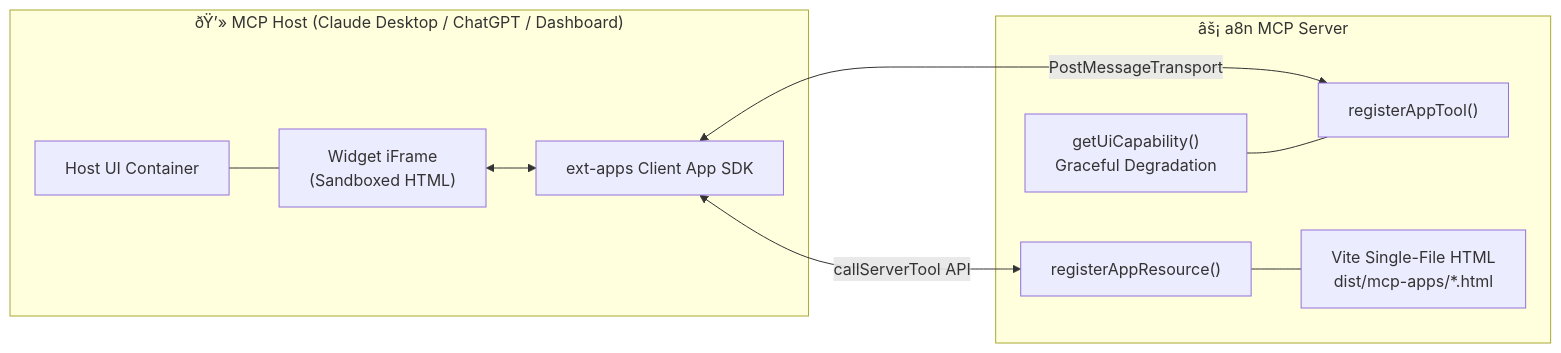
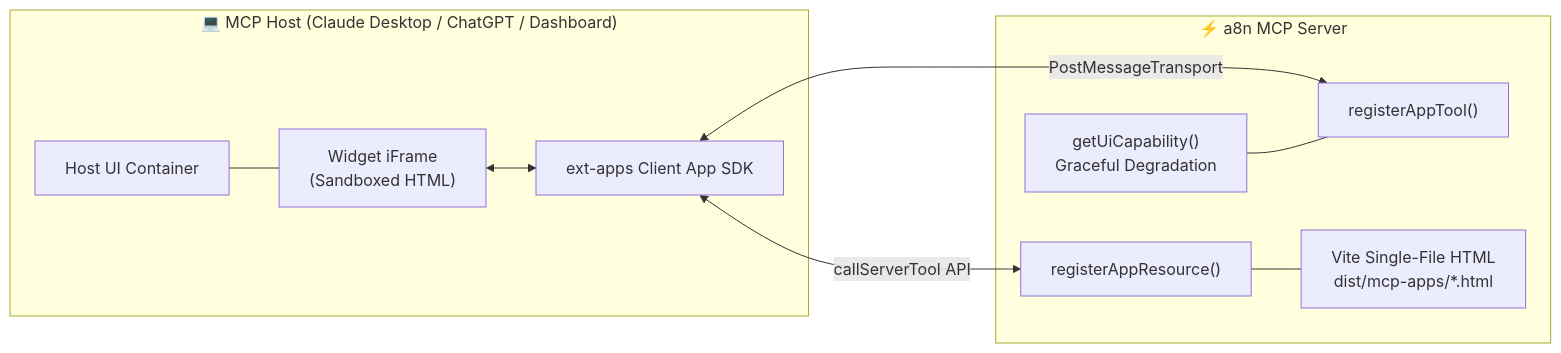
Before and after one commit to aditya-deokar/a8n: the third of 3 diagrams in README.md, drawn with Mermaid. The commit also changed other lines of this file and 3 other files, not shown here.

````diff
--- a/README.md
+++ b/README.md
@@ -155,22 +155,22 @@
 ```mermaid
 graph LR
-    subgraph ClientHost ["ðŸ’» MCP Host (Claude Desktop / ChatGPT / Dashboard)"]
+    subgraph ClientHost ["💻 MCP Host (Claude Desktop / ChatGPT / Dashboard)"]
         HostUI["Host UI Container"]
         IFrame["Widget iFrame<br/>(Sandboxed HTML)"]
         AppSDK["ext-apps Client App SDK"]
         HostUI --- IFrame
         IFrame <--> AppSDK
     end
 
-    subgraph ServerSide ["âš¡ a8n MCP Server"]
+    subgraph ServerSide ["⚡ a8n MCP Server"]
         RegTool["registerAppTool()"]
         RegRes["registerAppResource()"]
         ViteBuild["Vite Single-File HTML<br/>dist/mcp-apps/*.html"]
         Capability["getUiCapability()<br/>Graceful Degradation"]
     end
 
     AppSDK <-->|PostMessageTransport| RegTool
     AppSDK <-->|callServerTool API| RegRes
     RegRes --- ViteBuild
     Capability --- RegTool
 ```
````
